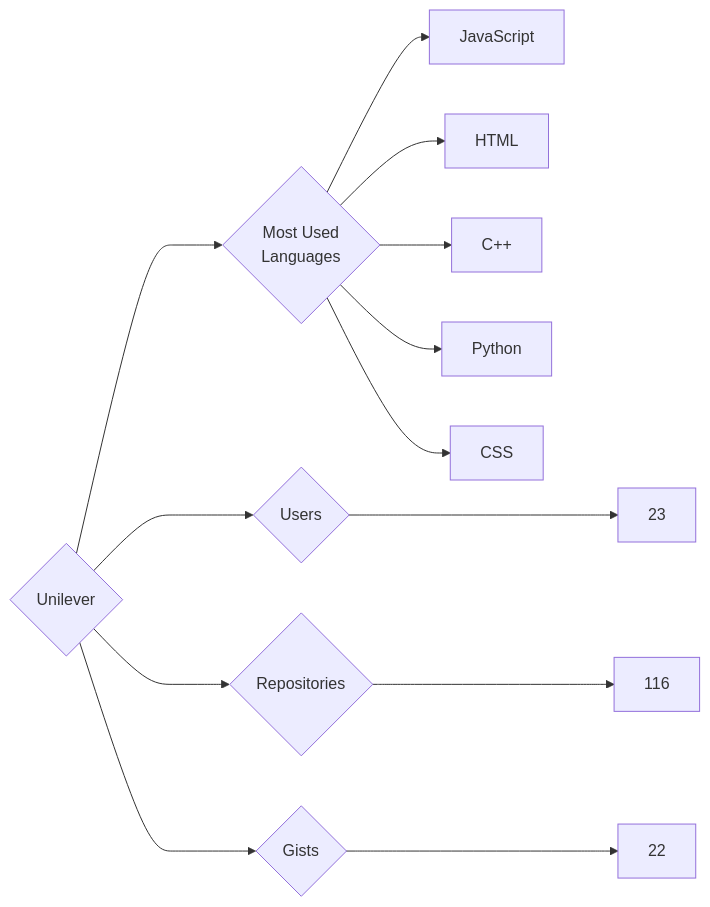
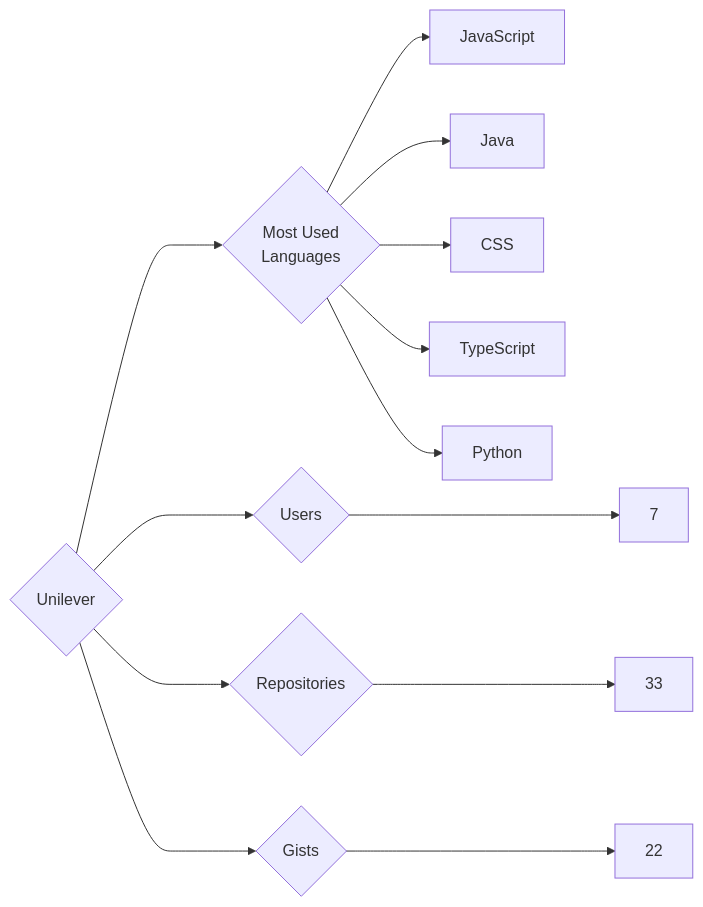
Before and after one commit to trickest/insiders: the diagram in targets/Unilever/README.md, drawn with Mermaid. The commit also changed 797 other files, not shown here.

````diff
--- a/targets/Unilever/README.md
+++ b/targets/Unilever/README.md
@@ -3,13 +3,13 @@
 ```mermaid
 graph LR
 COMPANY_NAME{Unilever}
-COMPANY_NAME ---> U{Users} ---> UN[23]
-COMPANY_NAME ---> R{Repositories} ---> RN[116]
+COMPANY_NAME ---> U{Users} ---> UN[7]
+COMPANY_NAME ---> R{Repositories} ---> RN[33]
 COMPANY_NAME ---> G{Gists} ---> GN[22]
 COMPANY_NAME ---> ML{Most Used<br>Languages}
 ML --> JavaScript[JavaScript]
-ML --> HTML[HTML]
-ML --> C++[C++]
+ML --> Java[Java]
+ML --> CSS[CSS]
+ML --> TypeScript[TypeScript]
 ML --> Python[Python]
-ML --> CSS[CSS]
 ```
````
